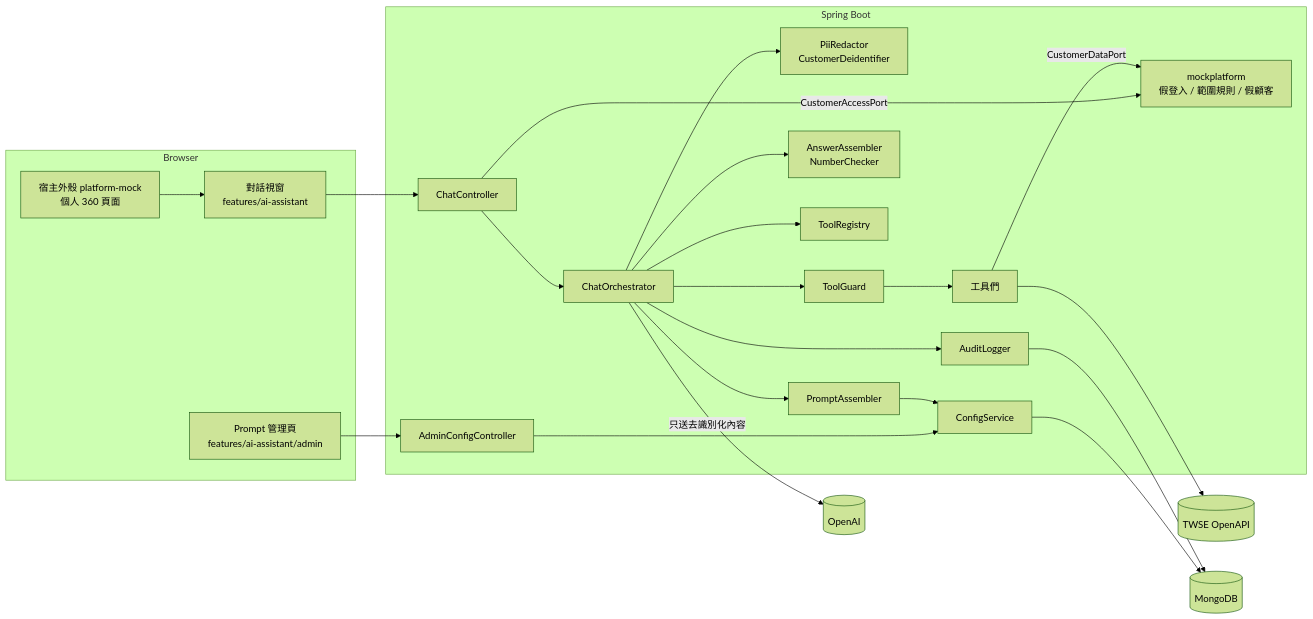
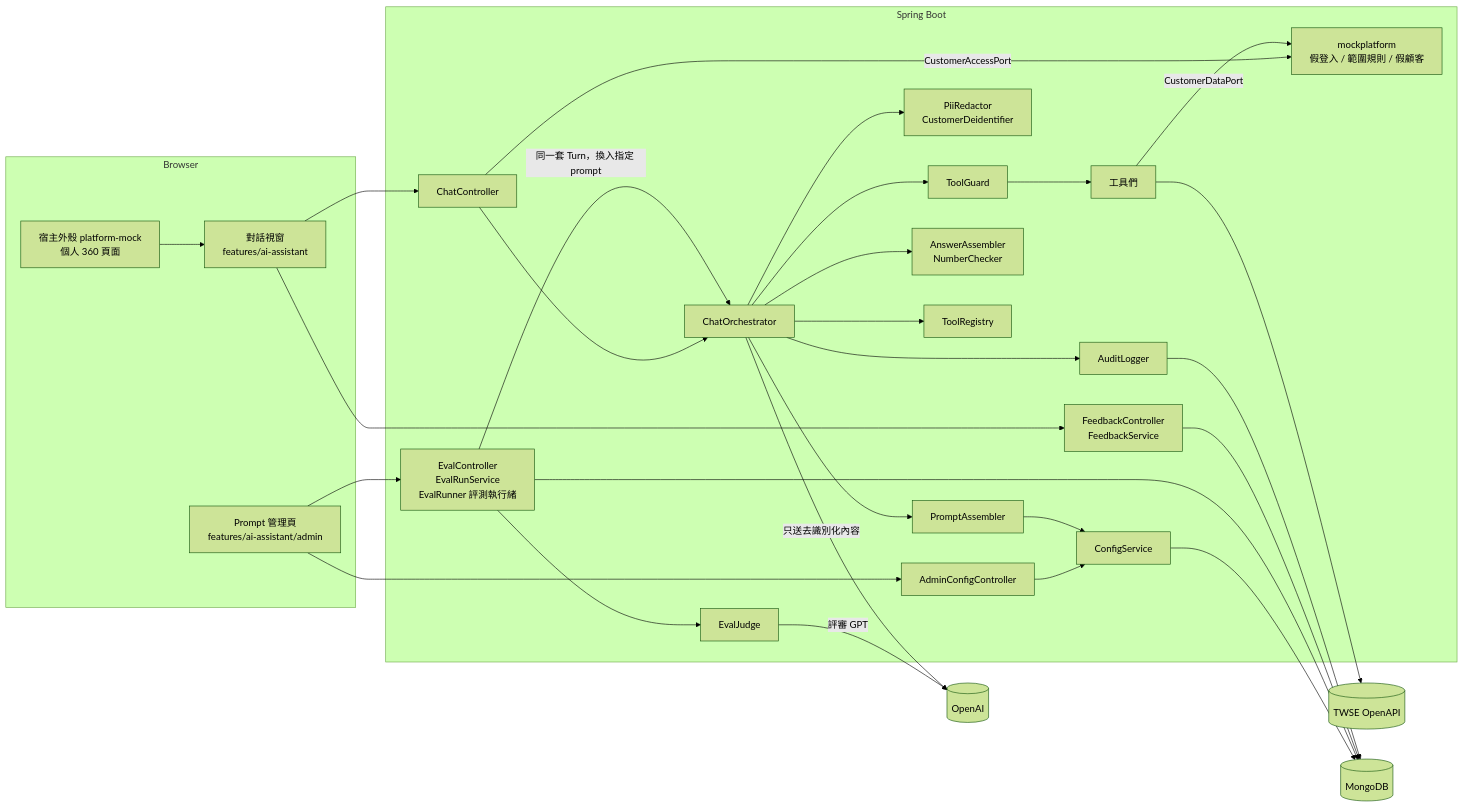
The first of 2 diagrams in docs/spec/01-architecture.md (Rue1216/assistant-poc), drawn with Mermaid (forest theme) before and after one commit. The commit also changed other lines of this file and 9 other files, not shown here.

````diff
--- a/docs/spec/01-architecture.md
+++ b/docs/spec/01-architecture.md
@@ -7,39 +7,46 @@
 ```mermaid
 flowchart LR
   subgraph Browser
     H[宿主外殼 platform-mock<br/>個人 360 頁面]
     W[對話視窗<br/>features/ai-assistant]
     A[Prompt 管理頁<br/>features/ai-assistant/admin]
   end
   subgraph Backend[Spring Boot]
     CC[ChatController]
     AC[AdminConfigController]
     O[ChatOrchestrator]
     RD[PiiRedactor<br/>CustomerDeidentifier]
     PA[PromptAssembler]
     AA[AnswerAssembler<br/>NumberChecker]
     TR[ToolRegistry]
     TG[ToolGuard]
     T[工具們]
     CS[ConfigService]
     AU[AuditLogger]
+    FB[FeedbackController<br/>FeedbackService]
+    EV[EvalController<br/>EvalRunService<br/>EvalRunner 評測執行緒]
+    EJ[EvalJudge]
     MP[mockplatform<br/>假登入 / 範圍規則 / 假顧客]
   end
   GPT[(OpenAI)]
   TWSE[(TWSE OpenAPI)]
   DB[(MongoDB)]
 
   H --> W --> CC
   CC -->|CustomerAccessPort| MP
   CC --> O
   A --> AC --> CS --> DB
+  A --> EV --> DB
+  EV -->|同一套 Turn，換入指定 prompt| O
+  EV --> EJ -->|評審 GPT| GPT
+  W --> FB --> DB
   O --> RD
   O --> PA --> CS
   O --> AA
   O --> TR
   O -->|只送去識別化內容| GPT
   O --> TG --> T
   T -->|CustomerDataPort| MP
   T --> TWSE
   O --> AU --> DB
 ```
````
